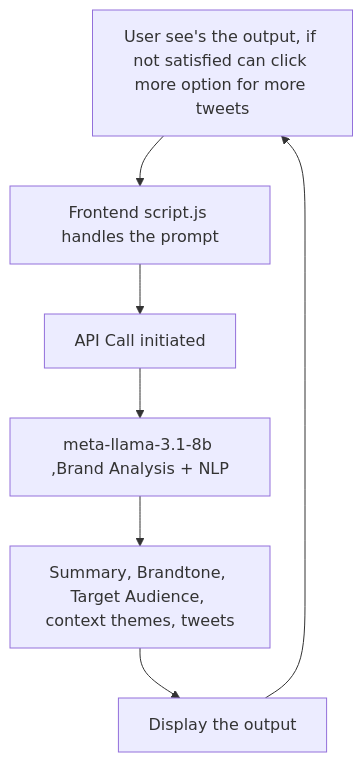
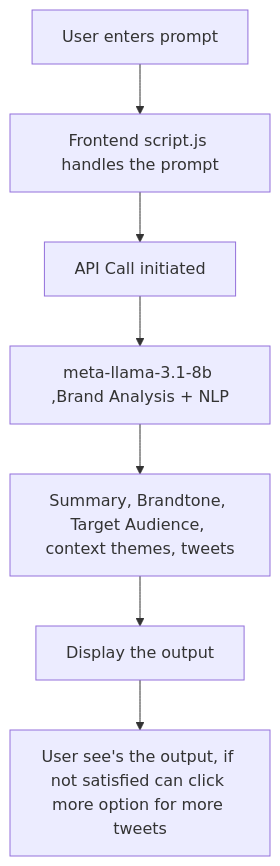
The second of 2 diagrams in README.md (MAHESH20L/ai-tweets-backend), drawn with Mermaid before and after one commit.

Commit message:
Fix typo in README output flow description

````diff
--- a/README.md
+++ b/README.md
@@ -35,17 +35,17 @@
 ```mermaid
 flowchart TD
     UI[User enters prompt]
     FE[Frontend script.js handles the prompt]
     BE[API Call initiated]
     OR[meta-llama-3.1-8b ,Brand Analysis + NLP]
     AI[Summary, Brandtone, Target Audience, context themes, tweets]
     FO[Display the output]
-    UI[User see's the output, if not satisfied can click more option for more tweets]
+    FR[User see's the output, if not satisfied can click more option for more tweets]
 
     UI --> FE
     FE --> BE
     BE --> OR
     OR --> AI
     AI --> FO
-    FO --> UI
+    FO --> FR
 ```
````
